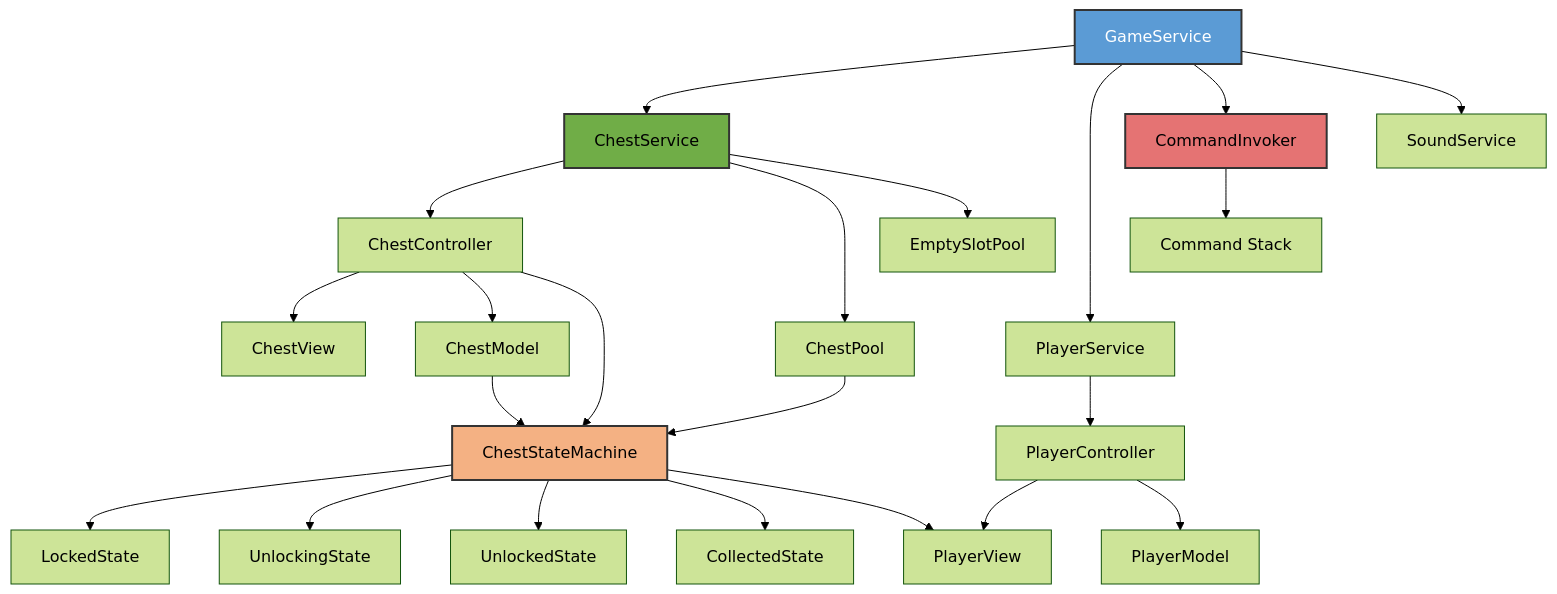
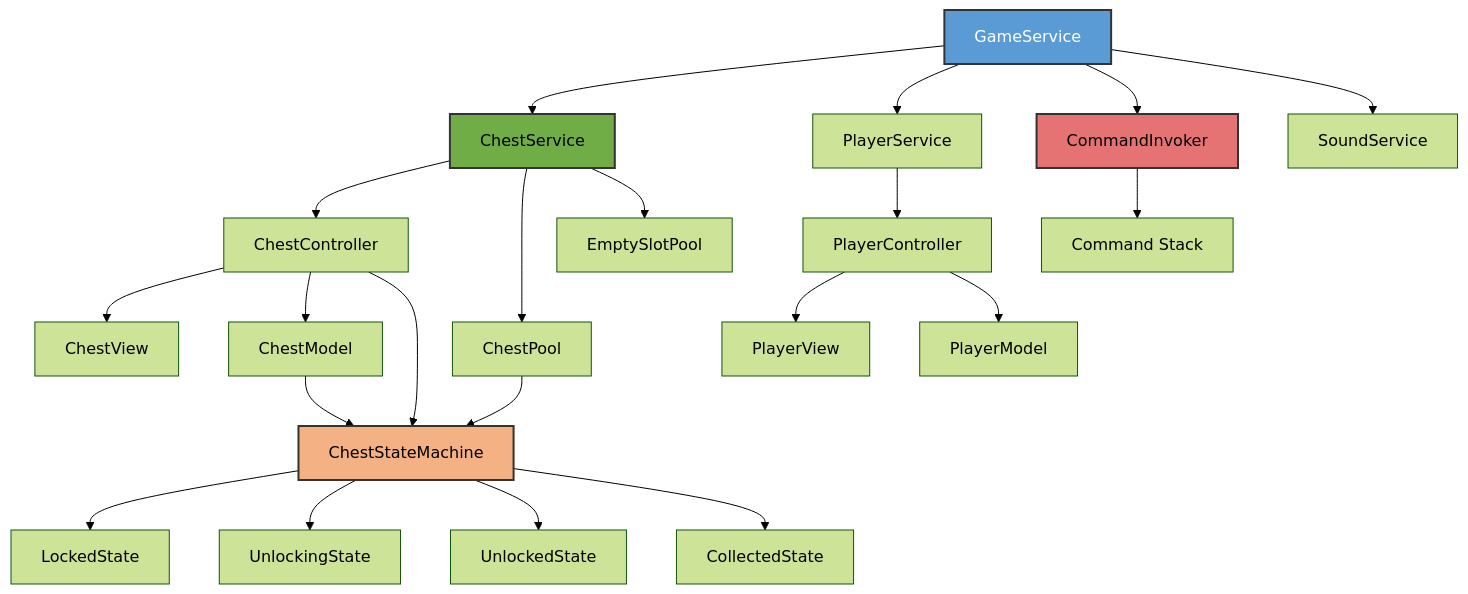
The diagram in README.md (Sayan11071998/Chest-System), drawn with Mermaid (forest theme) before and after one commit.

````diff
--- a/README.md
+++ b/README.md
@@ -15,44 +15,42 @@
 ```mermaid
 flowchart TD
     GameService[GameService]
     
     GameService --> ChestService[ChestService]
     GameService --> PlayerService[PlayerService]
     GameService --> CommandInvoker[CommandInvoker]
     GameService --> SoundService[SoundService]
     
     ChestService --> ChestController[ChestController]
     ChestService --> ChestPool[ChestPool]
     ChestService --> EmptySlotPool[EmptySlotPool]
     
     ChestController --> ChestView[ChestView]
     ChestController --> ChestModel[ChestModel]
     
     ChestController --> ChestStateMachine[ChestStateMachine]
     ChestPool --> ChestStateMachine
     ChestModel --> ChestStateMachine
     
     ChestStateMachine --> LockedState[LockedState]
     ChestStateMachine --> UnlockingState[UnlockingState]
     ChestStateMachine --> UnlockedState[UnlockedState]
     ChestStateMachine --> CollectedState[CollectedState]
     
     PlayerService --> PlayerController[PlayerController]
     
     PlayerController --> PlayerView[PlayerView]
     PlayerController --> PlayerModel[PlayerModel]
     
-    ChestStateMachine --> PlayerView
-    
     CommandInvoker --> CommandStack[Command Stack]
     
     classDef serviceStyle fill:#5B9BD5,stroke:#333,stroke-width:2px,color:#fff
     classDef chestServiceStyle fill:#70AD47,stroke:#333,stroke-width:2px
     classDef stateMachineStyle fill:#F4B183,stroke:#333,stroke-width:2px
     classDef commandStyle fill:#E57373,stroke:#333,stroke-width:2px
     
     class GameService serviceStyle
     class ChestService chestServiceStyle
     class ChestStateMachine stateMachineStyle
     class CommandInvoker commandStyle
 ```
````
